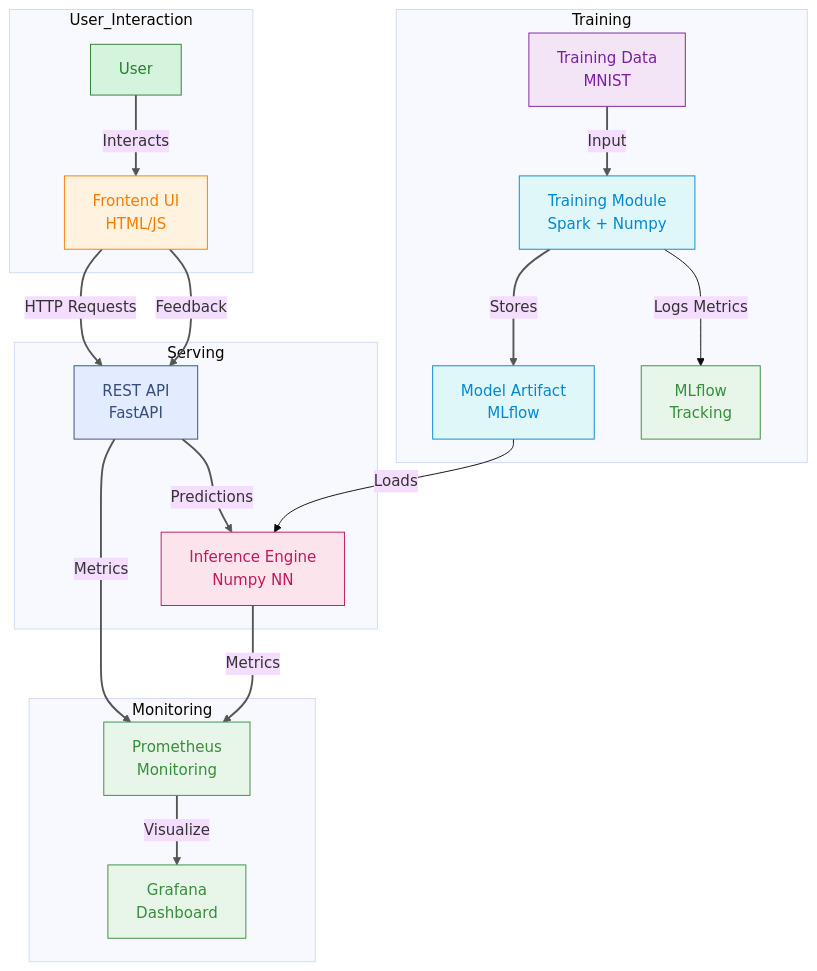
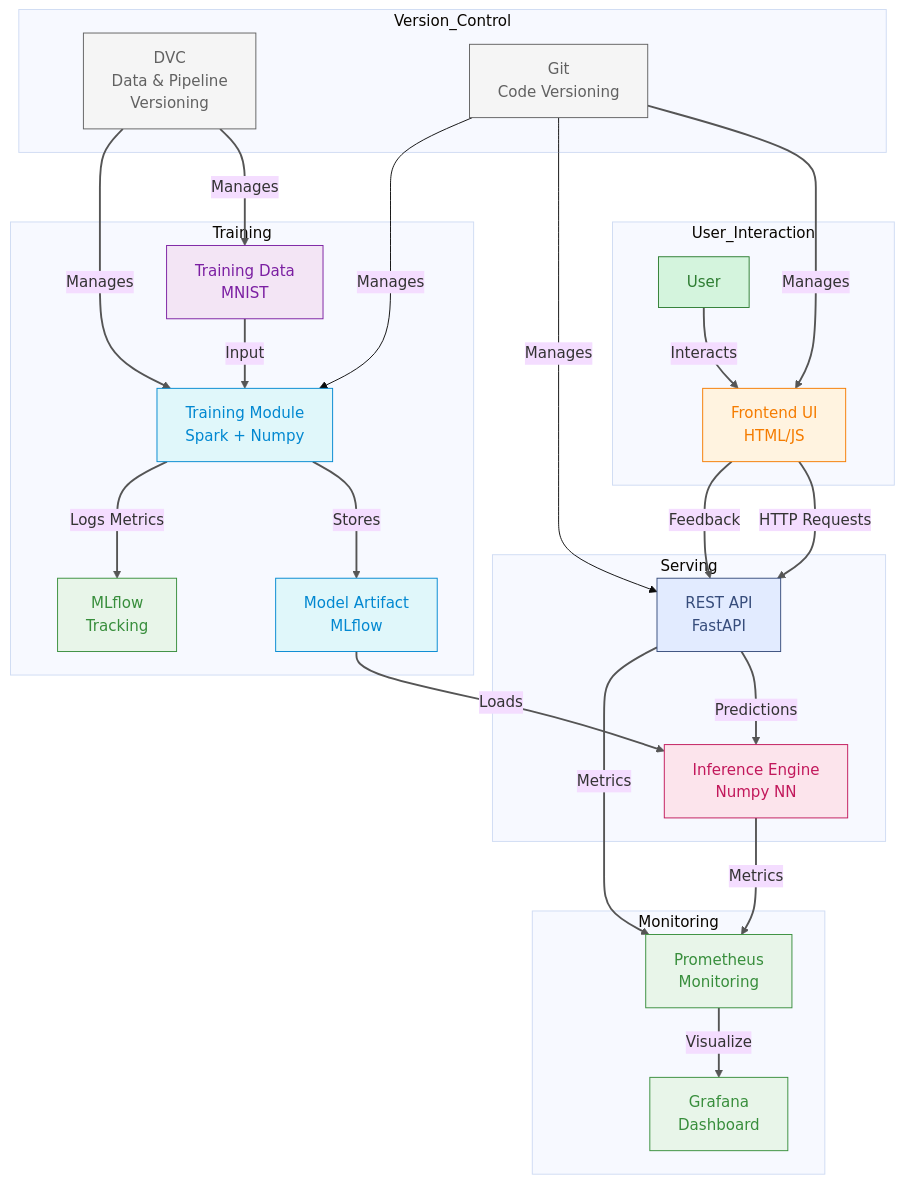
The diagram in readme.md (IITM-MLOps/MLOps-Project), drawn with Mermaid (base theme) before and after one commit.

````diff
--- a/readme.md
+++ b/readme.md
@@ -164,47 +164,59 @@
 ```mermaid
 flowchart TD
     %% Subgraphs for logical grouping
     subgraph User_Interaction
         A[User] -->|Interacts| B[Frontend UI<br>HTML/JS]
     end
     subgraph Serving
         B -->|HTTP Requests| C[REST API<br>FastAPI]
         C -->|Predictions| D[Inference Engine<br>Numpy NN]
         B -->|Feedback| C
     end
     subgraph Monitoring
         C -->|Metrics| E[Prometheus<br>Monitoring]
         D -->|Metrics| E
         E -->|Visualize| G[Grafana<br>Dashboard]
     end
     subgraph Training
         H[Training Data<br>MNIST] -->|Input| I[Training Module<br>Spark + Numpy]
         I -->|Stores| J[Model Artifact<br>MLflow]
         J -->|Loads| D
         I -->|Logs Metrics| F[MLflow<br>Tracking]
     end
+    subgraph Version_Control
+        K[DVC<br>Data & Pipeline<br>Versioning] -->|Manages| H
+        K -->|Manages| I
+        L[Git<br>Code Versioning] -->|Manages| B
+        L -->|Manages| C
+        L -->|Manages| I
+    end
 
     %% Styling
     classDef User fill:#D4F4DD,stroke:#2E7D32,color:#2E7D32
     classDef UI fill:#FFF3E0,stroke:#F57C00,color:#F57C00
     classDef API fill:#E2EBFF,stroke:#374D7C,color:#374D7C
     classDef Inference fill:#FCE4EC,stroke:#C2185B,color:#C2185B
     classDef Monitoring fill:#E8F5E9,stroke:#388E3C,color:#388E3C
     classDef Data fill:#F3E5F5,stroke:#7B1FA2,color:#7B1FA2
     classDef Training fill:#E0F7FA,stroke:#0288D1,color:#0288D1
+    classDef VersionControl fill:#F5F5F5,stroke:#616161,color:#616161
 
     A:::User
     B:::UI
     C:::API
     D:::Inference
     E:::Monitoring
     F:::Monitoring
     G:::Monitoring
     H:::Data
     I:::Training
     J:::Training
+    K:::VersionControl
+    L:::VersionControl
 
     %% Link styling
-    linkStyle 0,1,2,3,4,5,6,7,8 stroke:#555,stroke-width:2px
+    linkStyle 0,1,2,3,4,5,6,7,8,9,10,11,12,13 stroke:#555,stroke-width:2px
+
+
 
 ```
````
